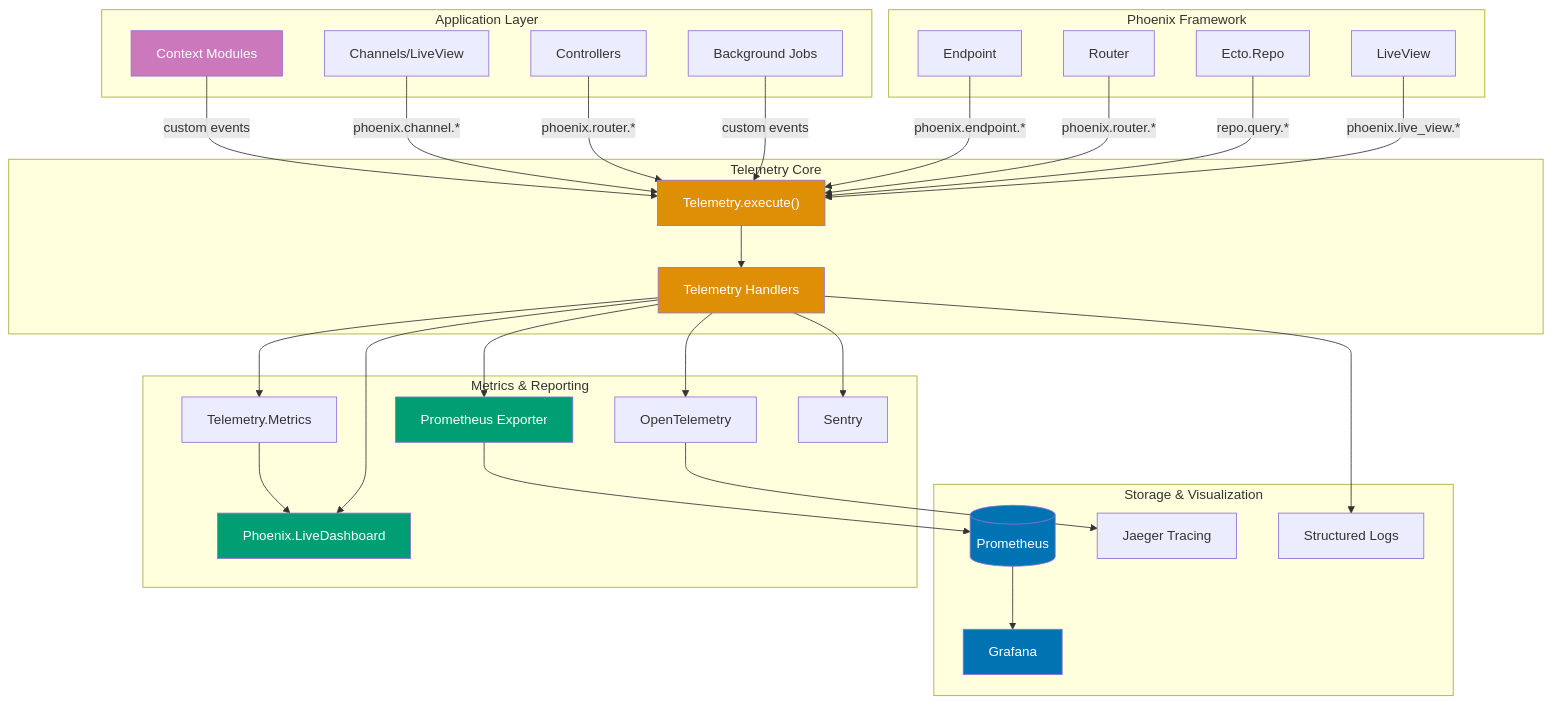
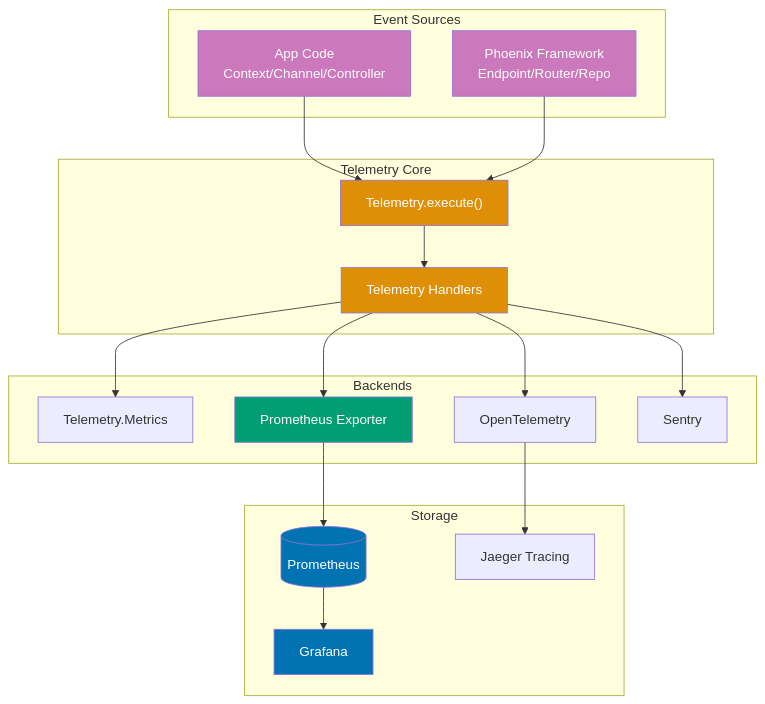
The diagram in docs/explanation/software-engineering/platform-web/tools/elixir-phoenix/observability.md (wahidyankf/open-sharia-enterprise), drawn with Mermaid before and after one commit. The commit also changed 16 other files, not shown here.

First line of the commit message:
fix(docs): fix mermaid violations in elixir docs

````diff
--- a/docs/explanation/software-engineering/platform-web/tools/elixir-phoenix/observability.md
+++ b/docs/explanation/software-engineering/platform-web/tools/elixir-phoenix/observability.md
@@ -309,70 +309,49 @@
 ```mermaid
 %% Color Palette: Blue #0173B2, Orange #DE8F05, Teal #029E73, Purple #CC78BC
 %% All colors are color-blind friendly and meet WCAG AA contrast standards
 
 graph TD
-    subgraph "Application Layer"
-        CTX[Context Modules]
-        CH[Channels/LiveView]
-        CTRL[Controllers]
-        BG[Background Jobs]
-    end
-
-    subgraph "Phoenix Framework"
-        EP[Endpoint]
-        RT[Router]
-        REPO[Ecto.Repo]
-        LV[LiveView]
+    subgraph "Event Sources"
+        APP[App Code<br/>Context/Channel/Controller]
+        PHX[Phoenix Framework<br/>Endpoint/Router/Repo]
     end
 
     subgraph "Telemetry Core"
         TE[Telemetry.execute#40;#41;]
         TH[Telemetry Handlers]
     end
 
-    subgraph "Metrics & Reporting"
+    subgraph "Backends"
         TM[Telemetry.Metrics]
-        LD[Phoenix.LiveDashboard]
         PROM[Prometheus Exporter]
         OTEL[OpenTelemetry]
         SENT[Sentry]
     end
 
-    subgraph "Storage & Visualization"
+    subgraph "Storage"
         PS[(Prometheus)]
         GF[Grafana]
         JAEG[Jaeger Tracing]
-        LOG[Structured Logs]
     end
 
-    CTX -->|custom events| TE
-    CH -->|phoenix.channel.*| TE
-    CTRL -->|phoenix.router.*| TE
-    BG -->|custom events| TE
-
-    EP -->|phoenix.endpoint.*| TE
-    RT -->|phoenix.router.*| TE
-    REPO -->|repo.query.*| TE
-    LV -->|phoenix.live_view.*| TE
+    APP --> TE
+    PHX --> TE
 
     TE --> TH
     TH --> TM
-    TH --> LD
     TH --> PROM
     TH --> OTEL
     TH --> SENT
 
     PROM --> PS
     PS --> GF
     OTEL --> JAEG
-    TM --> LD
-    TH --> LOG
 
-    style CTX fill:#CC78BC,color:#fff
+    style APP fill:#CC78BC,color:#fff
+    style PHX fill:#CC78BC,color:#fff
     style TE fill:#DE8F05,color:#fff
     style TH fill:#DE8F05,color:#fff
-    style LD fill:#029E73,color:#fff
     style PROM fill:#029E73,color:#fff
     style PS fill:#0173B2,color:#fff
     style GF fill:#0173B2,color:#fff
 ```
````
